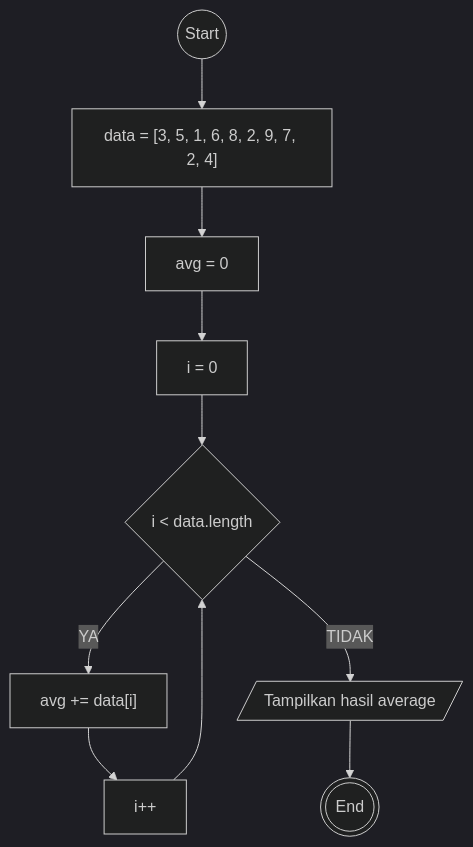
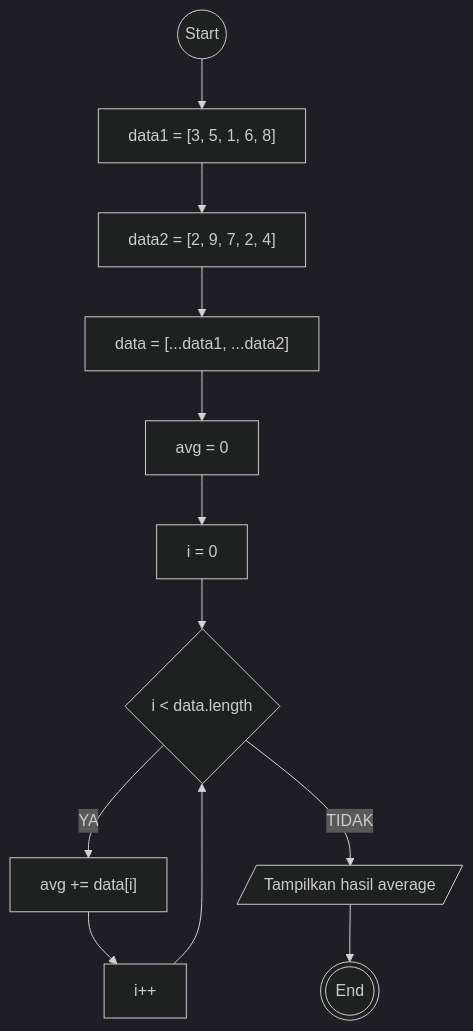
One commit to rizallk/koda-b1-javascript2 changed the third of 3 diagrams in koda-b1-javascript2-minitask1.md. Above: the diagram before and after it, drawn with Mermaid (dark theme). The commit also changed other lines of this file and 1 other file, not shown here.

````diff
--- a/koda-b1-javascript2-minitask1.md
+++ b/koda-b1-javascript2-minitask1.md
@@ -64,19 +56,21 @@
 ```mermaid
 flowchart TD
   start((Start))
-  data["data = [3, 5, 1, 6, 8, 2, 9, 7, 2, 4]"]
+  data1["data1 = [3, 5, 1, 6, 8]"]
+  data2["data2 = [2, 9, 7, 2, 4]"]
+  data["data = [...data1, ...data2]"]
   avgInit[avg = 0]
   init[i = 0]
   for{i < data.length}
   avg["avg += data[i]"]
   inc[i++]
   out[/Tampilkan hasil average/]
   finish(((End)))
 
-  start --> data --> avgInit --> init --> for
+  start --> data1 --> data2 --> data --> avgInit --> init --> for
   for -- YA --> avg
   for -- TIDAK --> out
   avg --> inc --> for
 
   out --> finish
 ```
````
